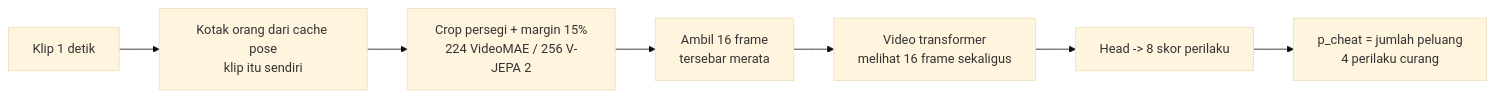
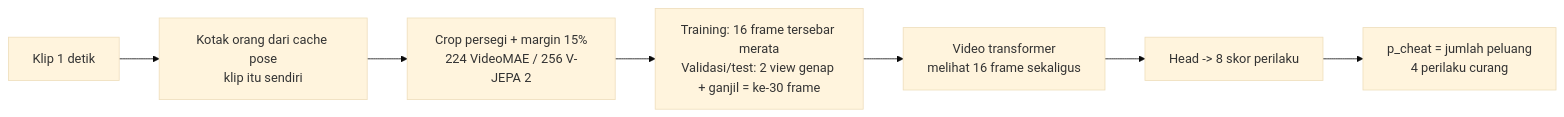
One commit to LhoWann/competitionDS26 changed the fourth of 5 diagrams in README.md. Above: the diagram before and after it, drawn with Mermaid (base theme). The commit also changed other lines of this file and 20 other files, not shown here.

````diff
--- a/README.md
+++ b/README.md
@@ -182,9 +191,9 @@
 ```mermaid
 flowchart LR
     K[Klip 1 detik] --> BX[Kotak orang dari cache pose<br>klip itu sendiri]
     BX --> CR[Crop persegi + margin 15%<br>224 VideoMAE / 256 V-JEPA 2]
-    CR --> S16[Ambil 16 frame<br>tersebar merata]
+    CR --> S16[Training: 16 frame tersebar merata<br>Validasi/test: 2 view genap + ganjil = ke-30 frame]
     S16 --> VT[Video transformer<br>melihat 16 frame sekaligus]
     VT --> H[Head -> 8 skor perilaku]
     H --> PC[p_cheat = jumlah peluang<br>4 perilaku curang]
 ```
````
